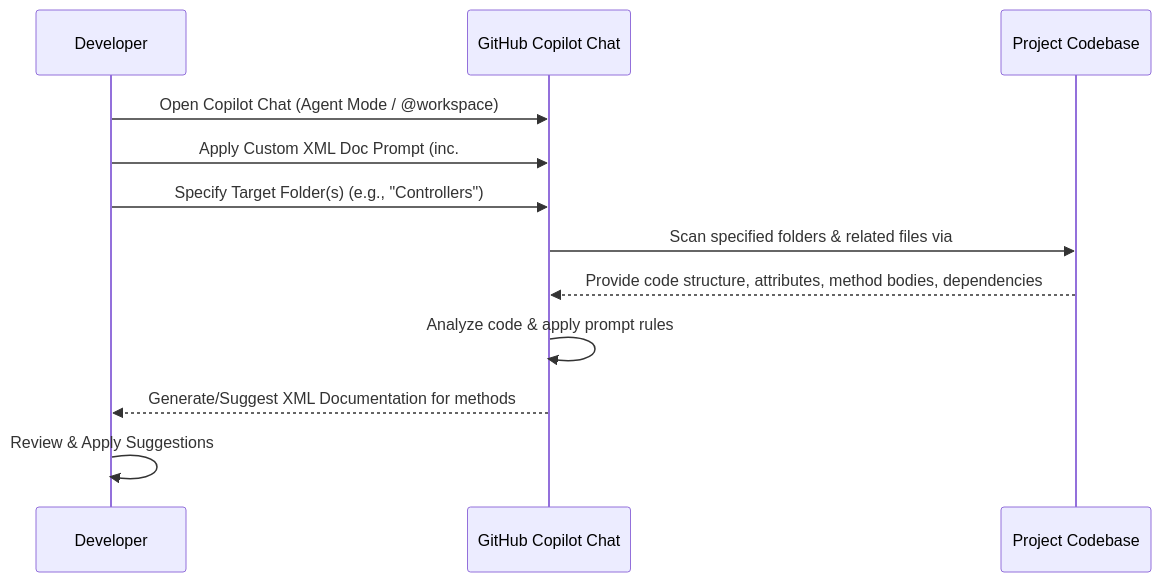
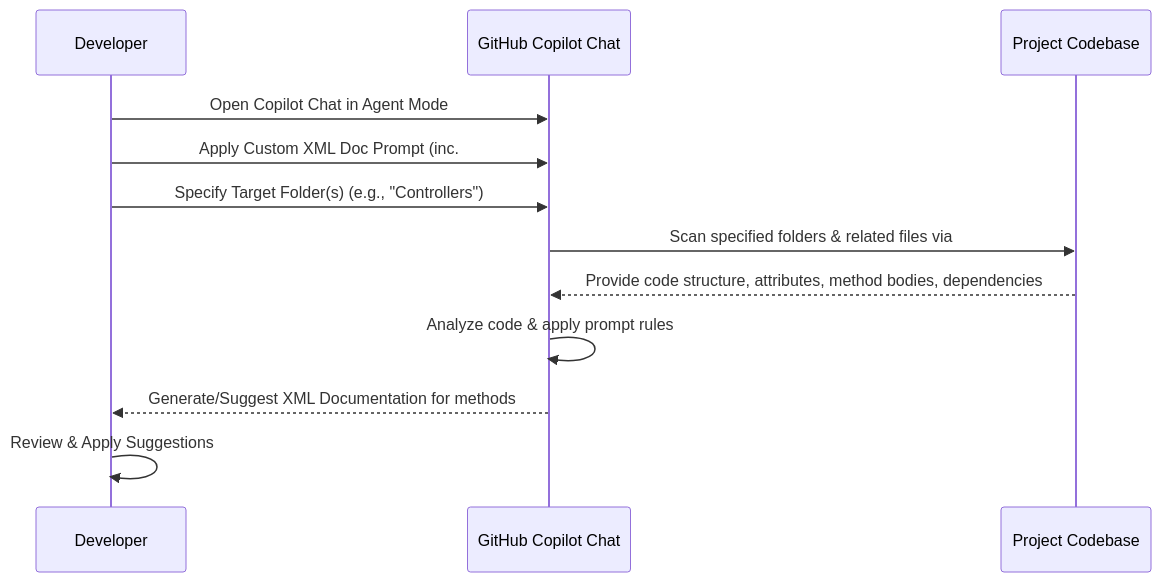
One commit to GraniLuk/graniluk.github.io changed the diagram in _posts/2025-04-11-xml_documentation_using_copilot.md. Above: the diagram before and after it, drawn with Mermaid. The commit also changed other lines of this file and 1 other file, not shown here.

````diff
--- a/_posts/2025-04-11-xml_documentation_using_copilot.md
+++ b/_posts/2025-04-11-xml_documentation_using_copilot.md
@@ -77,15 +125,15 @@
 ```mermaid
 sequenceDiagram
     participant Dev as Developer
     participant Copilot as GitHub Copilot Chat
     participant Code as Project Codebase
 
-    Dev->>Copilot: Open Copilot Chat (Agent Mode / @workspace)
+    Dev->>Copilot: Open Copilot Chat in Agent Mode
     Dev->>Copilot: Apply Custom XML Doc Prompt (inc. #codebase)
     Dev->>Copilot: Specify Target Folder(s) (e.g., "Controllers")
     Copilot->>Code: Scan specified folders & related files via #codebase context
     Code-->>Copilot: Provide code structure, attributes, method bodies, dependencies
     Copilot->>Copilot: Analyze code & apply prompt rules
     Copilot-->>Dev: Generate/Suggest XML Documentation for methods
     Dev->>Dev: Review & Apply Suggestions
 ```
````
